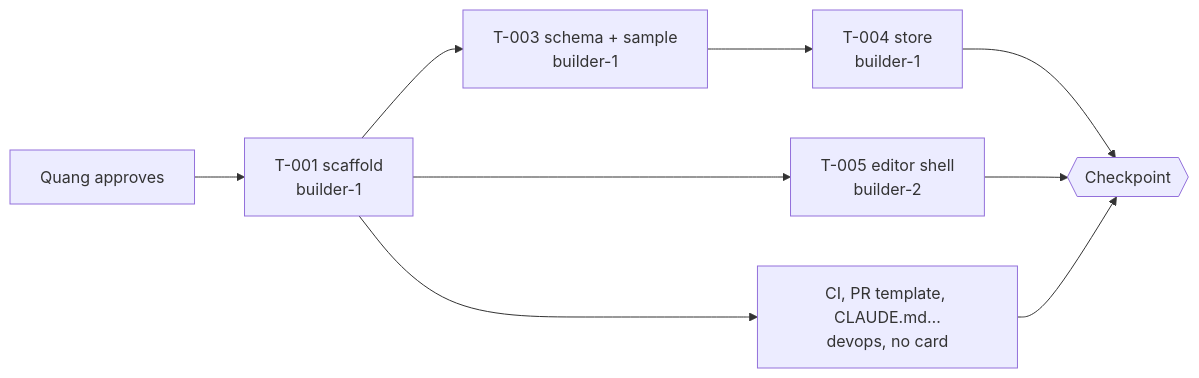
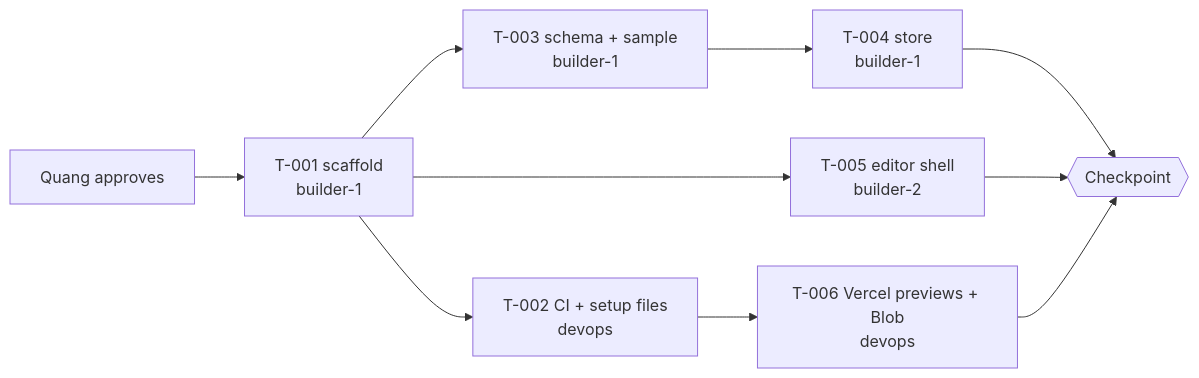
Before and after one commit to PegasusXLab/main: the diagram in plan/sprints/sprint-0.md, drawn with Mermaid. The commit also changed other lines of this file and 30 other files, not shown here.

````diff
--- a/plan/sprints/sprint-0.md
+++ b/plan/sprints/sprint-0.md
@@ -18,10 +18,10 @@
 ```mermaid
 flowchart LR
   A[Quang approves] --> T001[T-001 scaffold<br/>builder-1]
   T001 --> T003[T-003 schema + sample<br/>builder-1] --> T004[T-004 store<br/>builder-1]
   T001 --> T005[T-005 editor shell<br/>builder-2]
-  T001 --> CI[CI, PR template, CLAUDE.md…<br/>devops, no card]
+  T001 --> T002[T-002 CI + setup files<br/>devops] --> T006[T-006 Vercel previews + Blob<br/>devops]
   T004 --> CP{{Checkpoint}}
   T005 --> CP
-  CI --> CP
+  T006 --> CP
 ```
````
